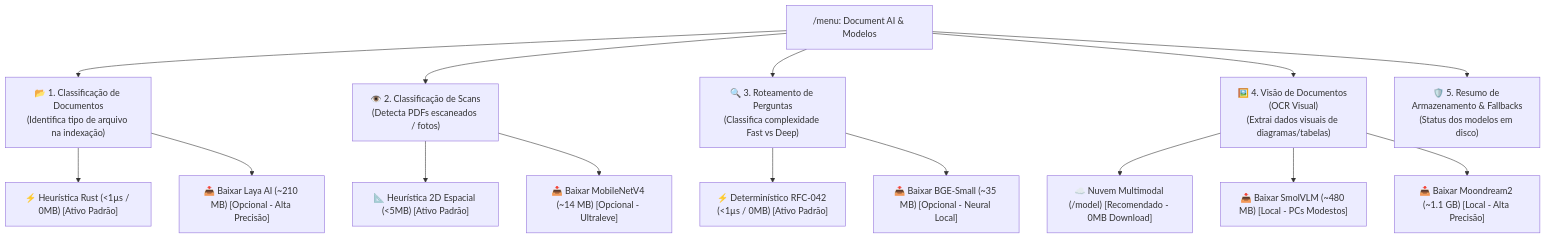
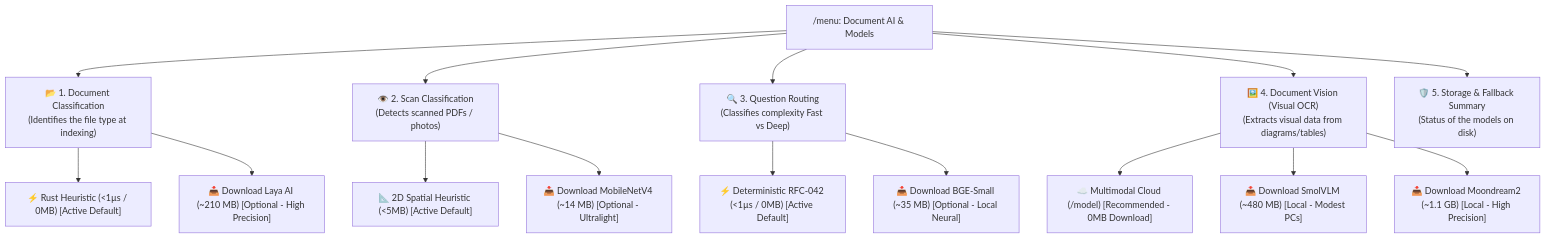
One commit to Levix-Digital/any-context changed the diagram in docs/plans/anycontext_blueprint_v0349_harmonizacao_aurora_boreal_auto_scroll_react_ux_de_update_download_guiado_de_modelos.md. Above: the diagram before and after it, drawn with Mermaid. The commit also changed other lines of this file, not shown here.

````diff
--- a/docs/plans/anycontext_blueprint_v0349_harmonizacao_aurora_boreal_auto_scroll_react_ux_de_update_download_guiado_de_modelos.md
+++ b/docs/plans/anycontext_blueprint_v0349_harmonizacao_aurora_boreal_auto_scroll_react_ux_de_update_download_guiado_de_modelos.md
@@ -103,21 +103,21 @@
 ```mermaid
 flowchart TD
-    Menu["/menu: Document AI & Modelos"] --> Sub1["📂 1. Classificação de Documentos\n(Identifica tipo de arquivo na indexação)"]
-    Menu --> Sub2["👁️ 2. Classificação de Scans\n(Detecta PDFs escaneados / fotos)"]
-    Menu --> Sub3["🔍 3. Roteamento de Perguntas\n(Classifica complexidade Fast vs Deep)"]
-    Menu --> Sub4["🖼️ 4. Visão de Documentos (OCR Visual)\n(Extrai dados visuais de diagramas/tabelas)"]
-    Menu --> Info["🛡️ 5. Resumo de Armazenamento & Fallbacks\n(Status dos modelos em disco)"]
+    Menu["/menu: Document AI & Models"] --> Sub1["📂 1. Document Classification\n(Identifies the file type at indexing)"]
+    Menu --> Sub2["👁️ 2. Scan Classification\n(Detects scanned PDFs / photos)"]
+    Menu --> Sub3["🔍 3. Question Routing\n(Classifies complexity Fast vs Deep)"]
+    Menu --> Sub4["🖼️ 4. Document Vision (Visual OCR)\n(Extracts visual data from diagrams/tables)"]
+    Menu --> Info["🛡️ 5. Storage & Fallback Summary\n(Status of the models on disk)"]
 
-    Sub1 --> S1_Def["⚡ Heurística Rust (<1µs / 0MB) [Ativo Padrão]"]
-    Sub1 --> S1_Onnx["📥 Baixar Laya AI (~210 MB) [Opcional - Alta Precisão]"]
+    Sub1 --> S1_Def["⚡ Rust Heuristic (<1µs / 0MB) [Active Default]"]
+    Sub1 --> S1_Onnx["📥 Download Laya AI (~210 MB) [Optional - High Precision]"]
 
-    Sub2 --> S2_Def["📐 Heurística 2D Espacial (<5MB) [Ativo Padrão]"]
-    Sub2 --> S2_Onnx["📥 Baixar MobileNetV4 (~14 MB) [Opcional - Ultraleve]"]
+    Sub2 --> S2_Def["📐 2D Spatial Heuristic (<5MB) [Active Default]"]
+    Sub2 --> S2_Onnx["📥 Download MobileNetV4 (~14 MB) [Optional - Ultralight]"]
 
-    Sub3 --> S3_Def["⚡ Determinístico RFC-042 (<1µs / 0MB) [Ativo Padrão]"]
-    Sub3 --> S3_Onnx["📥 Baixar BGE-Small (~35 MB) [Opcional - Neural Local]"]
+    Sub3 --> S3_Def["⚡ Deterministic RFC-042 (<1µs / 0MB) [Active Default]"]
+    Sub3 --> S3_Onnx["📥 Download BGE-Small (~35 MB) [Optional - Local Neural]"]
 
-    Sub4 --> S4_Cloud["☁️ Nuvem Multimodal (/model) [Recomendado - 0MB Download]"]
-    Sub4 --> S4_Smol["📥 Baixar SmolVLM (~480 MB) [Local - PCs Modestos]"]
-    Sub4 --> S4_Moon["📥 Baixar Moondream2 (~1.1 GB) [Local - Alta Precisão]"]
+    Sub4 --> S4_Cloud["☁️ Multimodal Cloud (/model) [Recommended - 0MB Download]"]
+    Sub4 --> S4_Smol["📥 Download SmolVLM (~480 MB) [Local - Modest PCs]"]
+    Sub4 --> S4_Moon["📥 Download Moondream2 (~1.1 GB) [Local - High Precision]"]
 ```
````
